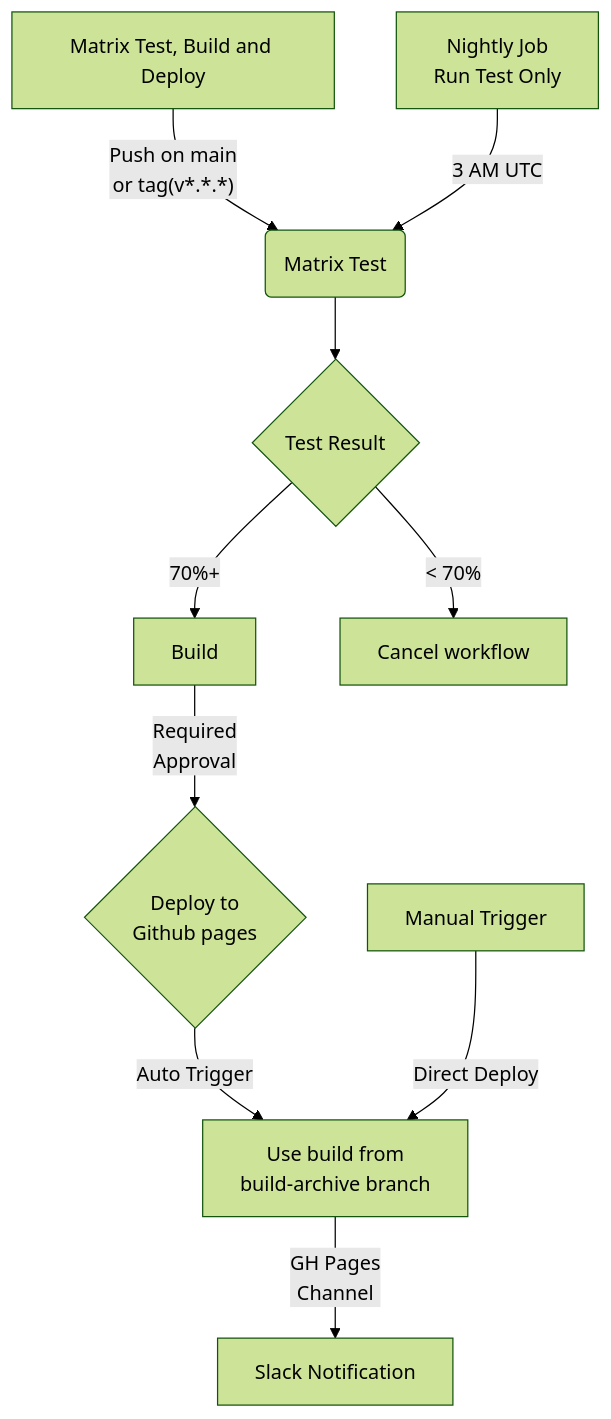
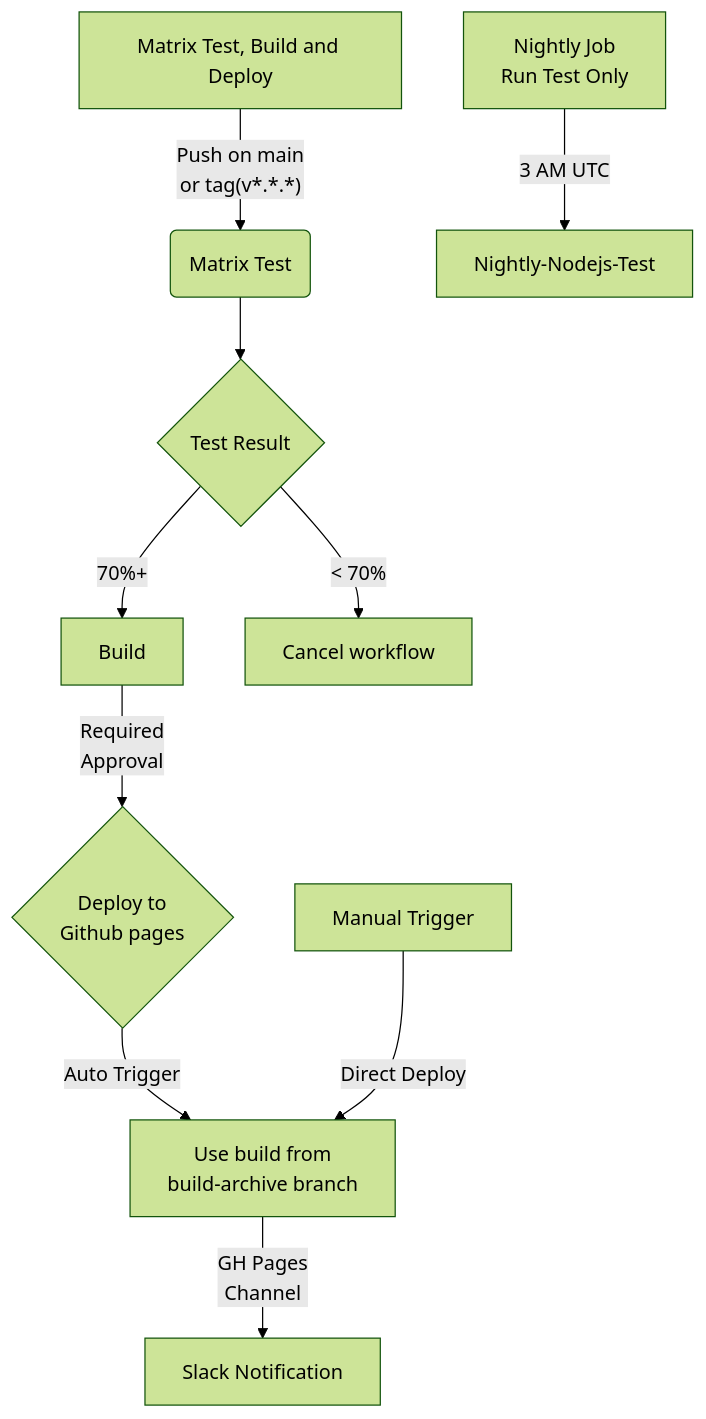
Before and after one commit to Saadullahkhan3/Github-Actions-Pipelines-Demo: the second of 2 diagrams in README.md, drawn with Mermaid (forest theme). The commit also changed other lines of this file, not shown here.

````diff
--- a/README.md
+++ b/README.md
@@ -47,11 +47,11 @@
 ```mermaid
 flowchart TD
     A[Matrix Test, Build and Deploy] -->|"Push on main<br/> or tag(v*.*.*)"| B(Matrix Test)
     B --> C{"Test Result"} 
     C --> |"70%+"| D[Build] --> |"Required<br/>Approval"| E{"Deploy to <br/>Github pages"}
     C --> |"< 70%"| T["Cancel workflow"]
     E -->|Auto Trigger| F["Use build from <br/>build-archive branch"]
     Y["Manual Trigger"] -->|Direct Deploy| F
-    Z["Nightly Job<br/>Run Test Only"] --> |"3 AM UTC"| B
+    Z["Nightly Job<br/>Run Test Only"] --> |"3 AM UTC"| P["Nightly-Nodejs-Test"]
     F --> |"GH Pages<br/>Channel"| O["Slack Notification"]
 ```
````
